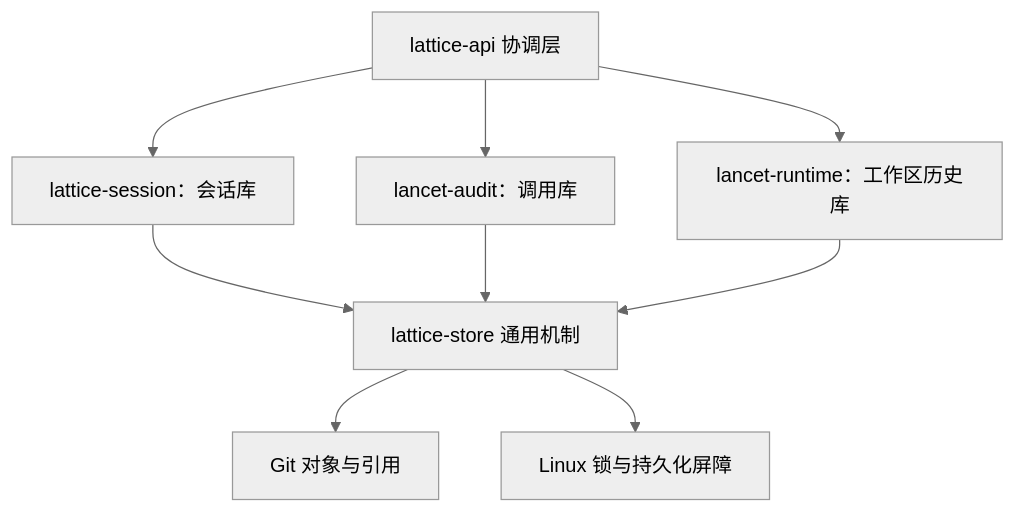
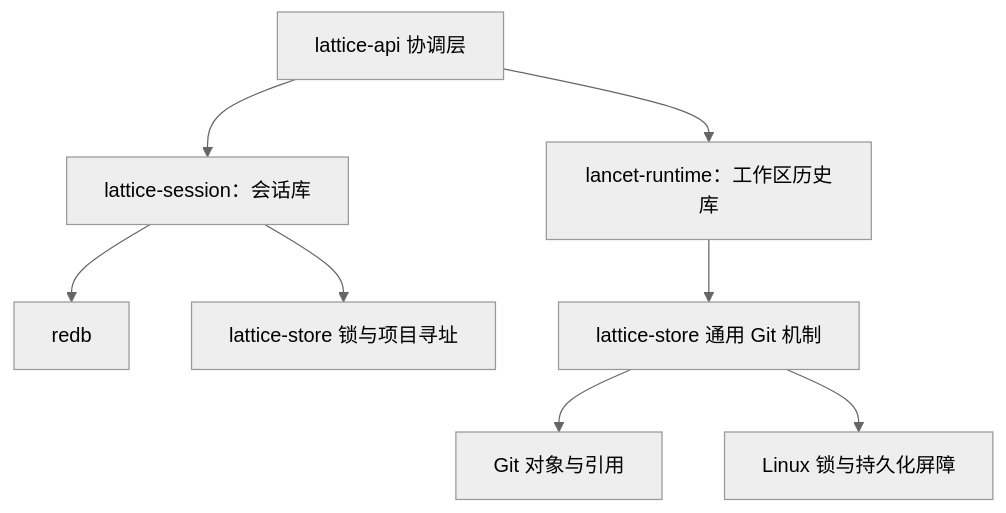
Before and after one commit to Skyline10124/lattice: the first of 2 diagrams in docs/architecture/storage.md, drawn with Mermaid (neutral theme). The commit also changed other lines of this file and 8 other files, not shown here.

First line of the commit message:
docs(architecture): 按 ADR 0006 修订会话、存储与相关合同（待批准）

````diff
--- a/docs/architecture/storage.md
+++ b/docs/architecture/storage.md
@@ -97,11 +143,10 @@
 ```mermaid
 flowchart TD
     A["lattice-api 协调层"] --> S["lattice-session：会话库"]
-    A --> I["lancet-audit：调用库"]
     A --> W["lancet-runtime：工作区历史库"]
-    S --> K["lattice-store 通用机制"]
-    I --> K
-    W --> K
+    S --> R["redb"]
+    W --> K["lattice-store 通用 Git 机制"]
     K --> G["Git 对象与引用"]
     K --> L["Linux 锁与持久化屏障"]
+    S --> KL["lattice-store 锁与项目寻址"]
 ```
````
